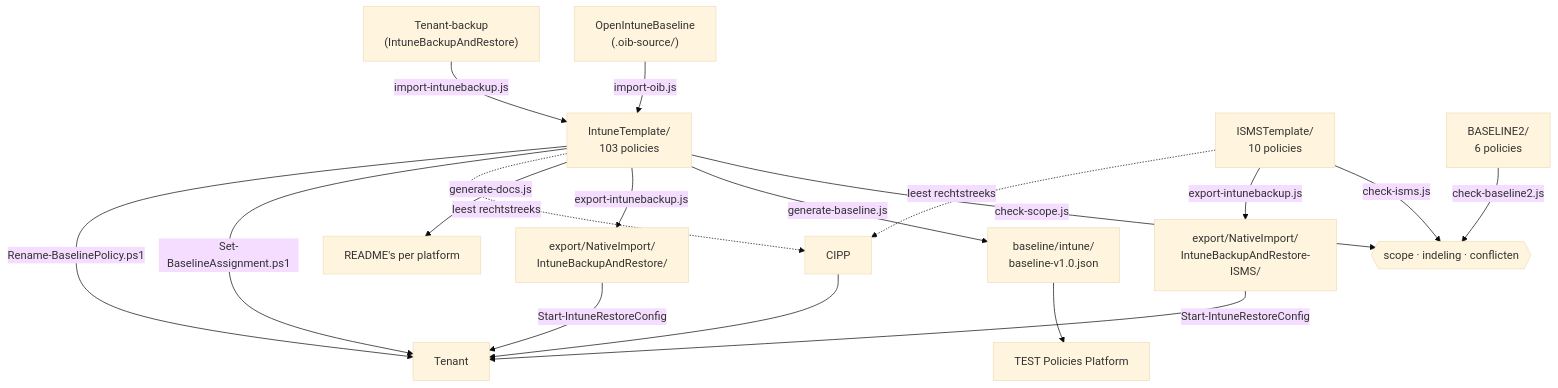
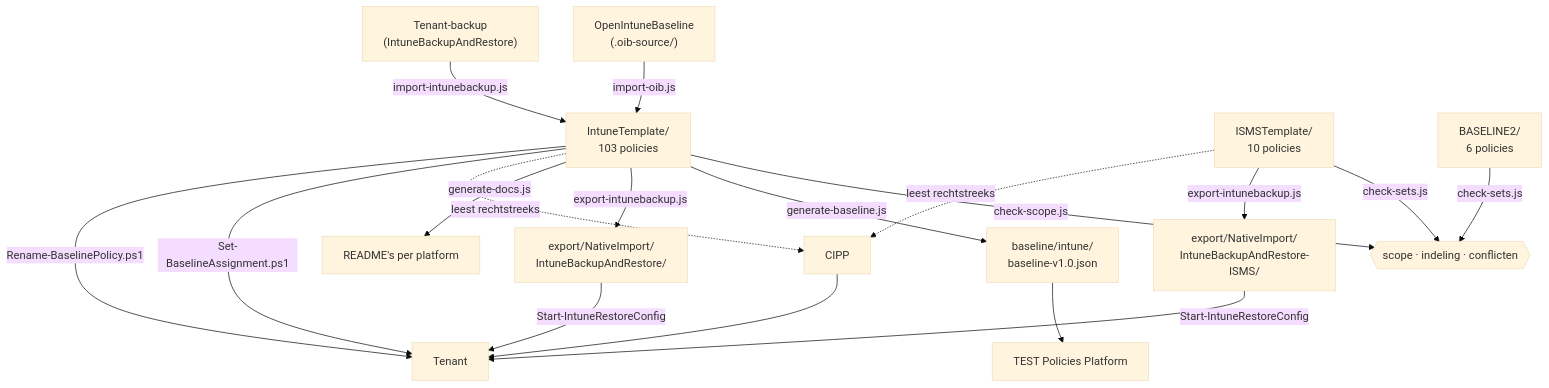
One commit to sjkanon/IntuneBackup changed the diagram in scripts/README.md. Above: the diagram before and after it, drawn with Mermaid (base theme). The commit also changed other lines of this file and 24 other files, not shown here.

````diff
--- a/scripts/README.md
+++ b/scripts/README.md
@@ -7,21 +7,21 @@
 ```mermaid
 flowchart TD
   OIB["OpenIntuneBaseline<br/>(.oib-source/)"] -->|import-oib.js| T
   TEN["Tenant-backup<br/>(IntuneBackupAndRestore)"] -->|import-intunebackup.js| T
   T["IntuneTemplate/<br/>103 policies"]
   T -->|check-scope.js| CHK{{"scope · indeling · conflicten"}}
   T -->|generate-baseline.js| BL["baseline/intune/<br/>baseline-v1.0.json"]
   T -->|export-intunebackup.js| EX["export/NativeImport/<br/>IntuneBackupAndRestore/"]
-  I["ISMSTemplate/<br/>10 policies"] -->|check-isms.js| CHK
-  B2["BASELINE2/<br/>6 policies"] -->|check-baseline2.js| CHK
+  I["ISMSTemplate/<br/>10 policies"] -->|check-sets.js| CHK
+  B2["BASELINE2/<br/>6 policies"] -->|check-sets.js| CHK
   I -->|export-intunebackup.js| EXI["export/NativeImport/<br/>IntuneBackupAndRestore-ISMS/"]
   I -.->|leest rechtstreeks| CIPP
   EXI -->|Start-IntuneRestoreConfig| TENANT
   T -->|generate-docs.js| DOC["README's per platform"]
   T -.->|leest rechtstreeks| CIPP["CIPP"]
   BL --> PLAT["TEST Policies Platform"]
   EX -->|Start-IntuneRestoreConfig| TENANT["Tenant"]
   CIPP --> TENANT
   T -->|Set-BaselineAssignment.ps1| TENANT
   T -->|Rename-BaselinePolicy.ps1| TENANT
 ```
````
